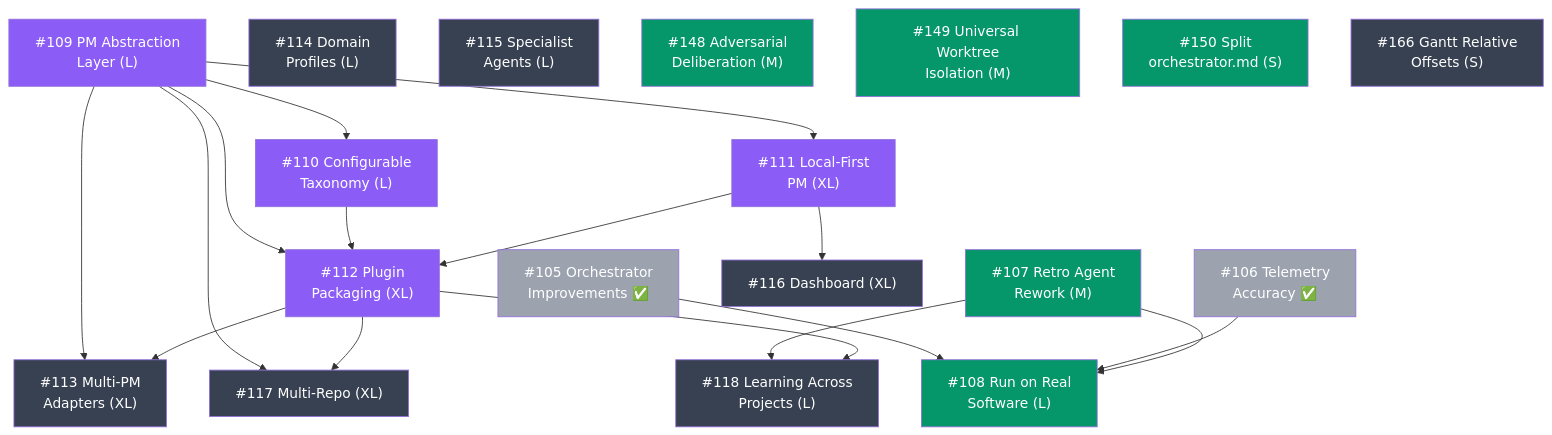
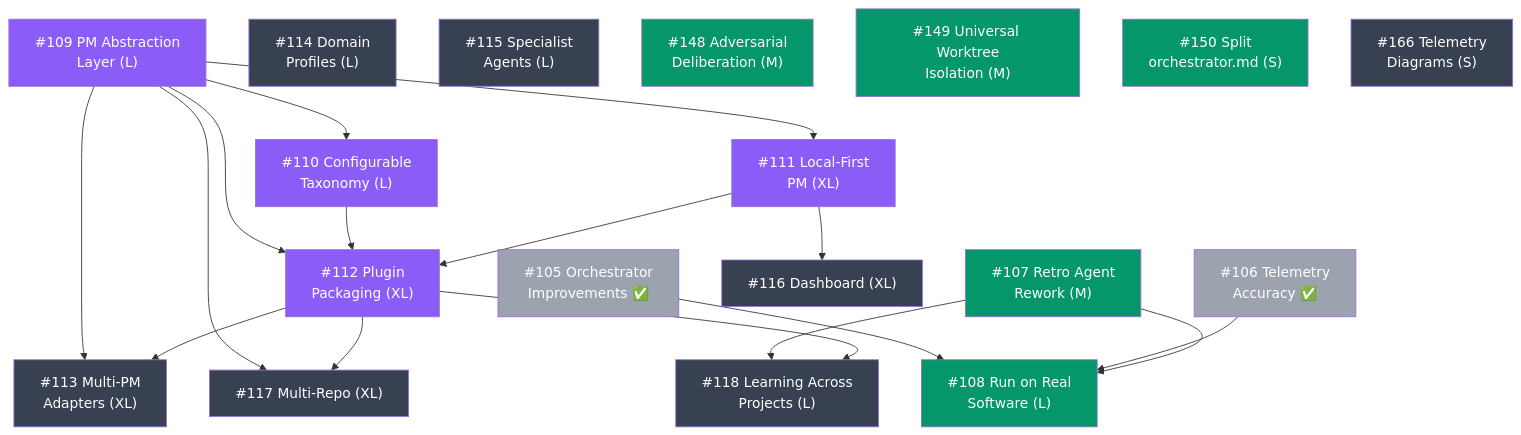
The diagram in docs/ROADMAP.md (carlosboeing/agentic-sdlc-workflow), drawn with Mermaid before and after one commit. The commit also changed other lines of this file, not shown here.

First line of the commit message:
docs(roadmap): update #166 scope to Telemetry Diagrams

````diff
--- a/docs/ROADMAP.md
+++ b/docs/ROADMAP.md
@@ -9,56 +9,56 @@
 ```mermaid
 graph TD
     105["#105 Orchestrator<br/>Improvements ✅"]
     106["#106 Telemetry<br/>Accuracy ✅"]
     107["#107 Retro Agent<br/>Rework (M)"]
     108["#108 Run on Real<br/>Software (L)"]
     109["#109 PM Abstraction<br/>Layer (L)"]
     110["#110 Configurable<br/>Taxonomy (L)"]
     111["#111 Local-First<br/>PM (XL)"]
     112["#112 Plugin<br/>Packaging (XL)"]
     113["#113 Multi-PM<br/>Adapters (XL)"]
     114["#114 Domain<br/>Profiles (L)"]
     115["#115 Specialist<br/>Agents (L)"]
     116["#116 Dashboard (XL)"]
     117["#117 Multi-Repo (XL)"]
     118["#118 Learning Across<br/>Projects (L)"]
     148["#148 Adversarial<br/>Deliberation (M)"]
     149["#149 Universal Worktree<br/>Isolation (M)"]
     150["#150 Split<br/>orchestrator.md (S)"]
-    166["#166 Gantt Relative<br/>Offsets (S)"]
+    166["#166 Telemetry<br/>Diagrams (S)"]
 
     105 --> 108
     106 --> 108
     107 --> 108
     109 --> 111
     109 --> 110
     109 --> 112
     109 --> 113
     109 --> 117
     110 --> 112
     111 --> 112
     111 --> 116
     107 --> 118
     112 --> 113
     112 --> 117
     112 --> 118
 
     style 105 fill:#9ca3af,color:#fff
     style 106 fill:#9ca3af,color:#fff
     style 107 fill:#059669,color:#fff
     style 108 fill:#059669,color:#fff
     style 109 fill:#8b5cf6,color:#fff
     style 110 fill:#8b5cf6,color:#fff
     style 111 fill:#8b5cf6,color:#fff
     style 112 fill:#8b5cf6,color:#fff
     style 113 fill:#374151,color:#fff
     style 114 fill:#374151,color:#fff
     style 115 fill:#374151,color:#fff
     style 116 fill:#374151,color:#fff
     style 117 fill:#374151,color:#fff
     style 118 fill:#374151,color:#fff
     style 148 fill:#059669,color:#fff
     style 149 fill:#059669,color:#fff
     style 150 fill:#059669,color:#fff
     style 166 fill:#374151,color:#fff
 ```
````
